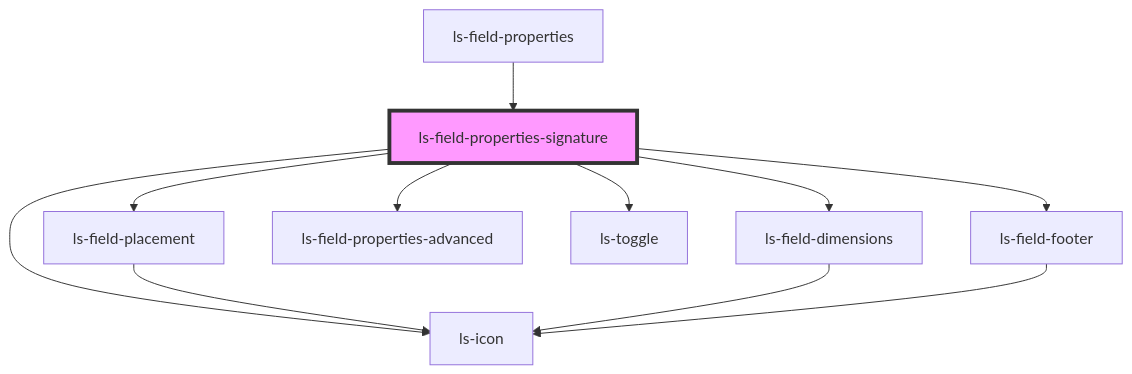
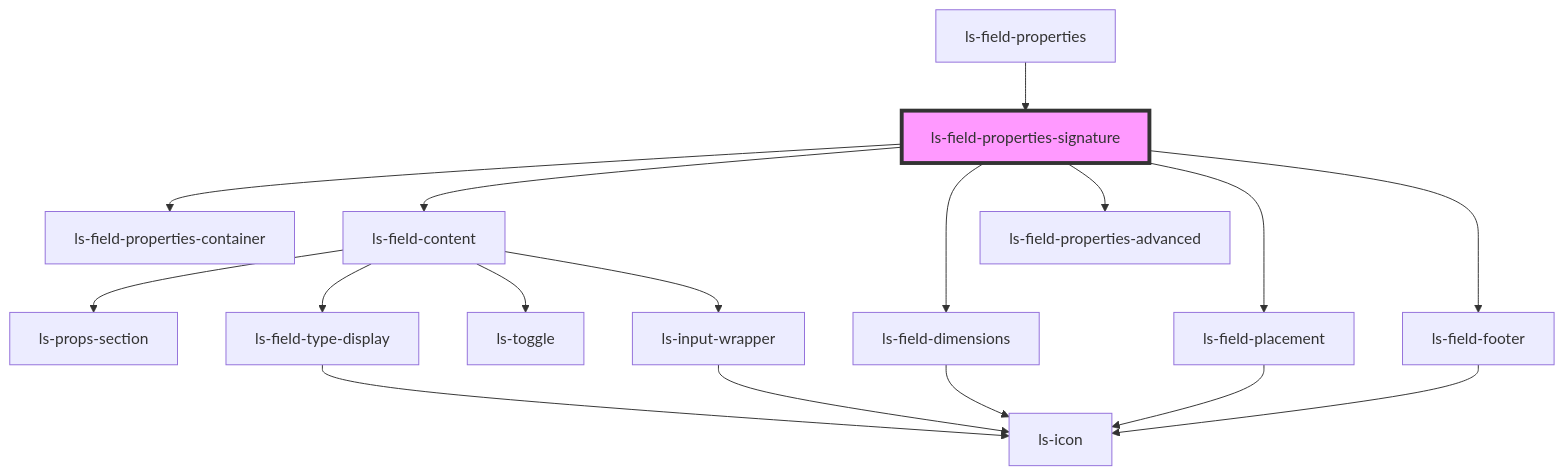
Before and after one commit to legalesign/ls-document-viewer: the diagram in src/components/ls-field-properties-signature/readme.md, drawn with Mermaid. The commit also changed other lines of this file and 16 other files, not shown here.

````diff
--- a/src/components/ls-field-properties-signature/readme.md
+++ b/src/components/ls-field-properties-signature/readme.md
@@ -32,14 +31,20 @@
 ```mermaid
 graph TD;
-  ls-field-properties-signature --> ls-field-placement
+  ls-field-properties-signature --> ls-field-properties-container
+  ls-field-properties-signature --> ls-field-content
   ls-field-properties-signature --> ls-field-dimensions
   ls-field-properties-signature --> ls-field-properties-advanced
-  ls-field-properties-signature --> ls-icon
-  ls-field-properties-signature --> ls-toggle
+  ls-field-properties-signature --> ls-field-placement
   ls-field-properties-signature --> ls-field-footer
+  ls-field-content --> ls-props-section
+  ls-field-content --> ls-field-type-display
+  ls-field-content --> ls-toggle
+  ls-field-content --> ls-input-wrapper
+  ls-field-type-display --> ls-icon
+  ls-input-wrapper --> ls-icon
+  ls-field-dimensions --> ls-icon
   ls-field-placement --> ls-icon
-  ls-field-dimensions --> ls-icon
   ls-field-footer --> ls-icon
   ls-field-properties --> ls-field-properties-signature
   style ls-field-properties-signature fill:#f9f,stroke:#333,stroke-width:4px
 ```
````
